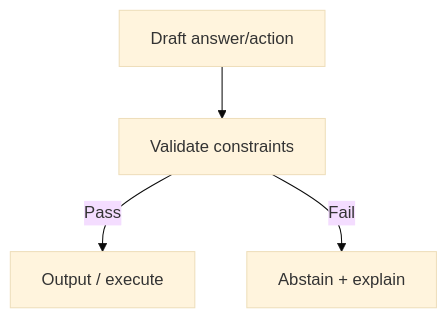
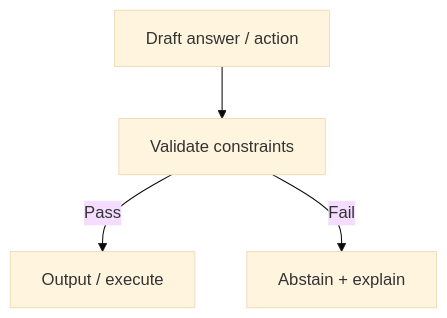
One commit to 5Reasons/5reasons.github.io changed the second of 2 diagrams in docs/methodology/llm-tool-rag.md. Above: the diagram before and after it, drawn with Mermaid (base theme). The commit also changed other lines of this file and 19 other files, not shown here.

````diff
--- a/docs/methodology/llm-tool-rag.md
+++ b/docs/methodology/llm-tool-rag.md
@@ -26,6 +53,6 @@
 ```mermaid
-flowchart TB
-  D[Draft answer/action] --> V[Validate constraints]
-  V -->|Pass| O[Output / execute]
-  V -->|Fail| X[Abstain + explain]
+flowchart TB;
+  D["Draft answer / action"] --> V["Validate constraints"];
+  V -->|"Pass"| O["Output / execute"];
+  V -->|"Fail"| X["Abstain + explain"];
 ```
````
